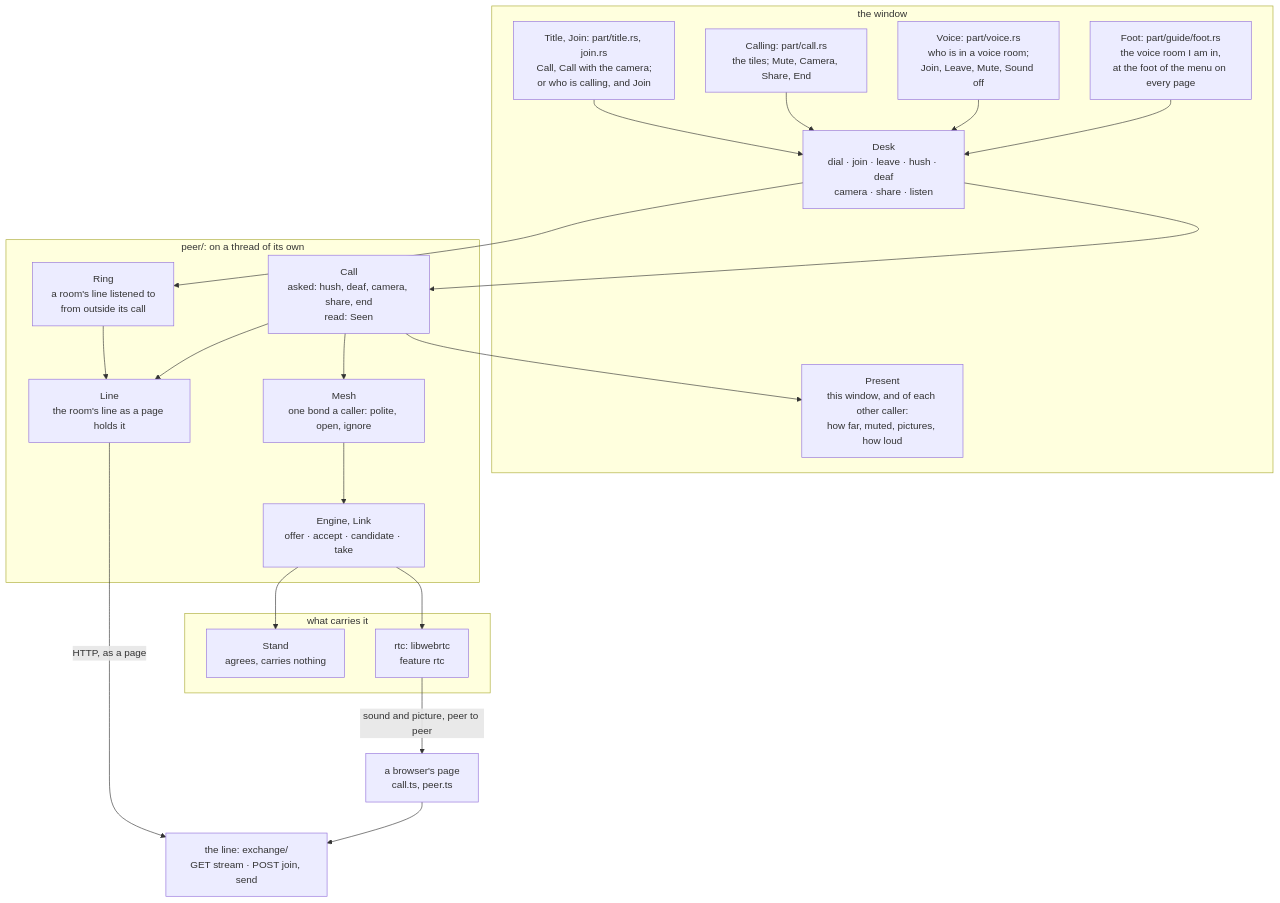
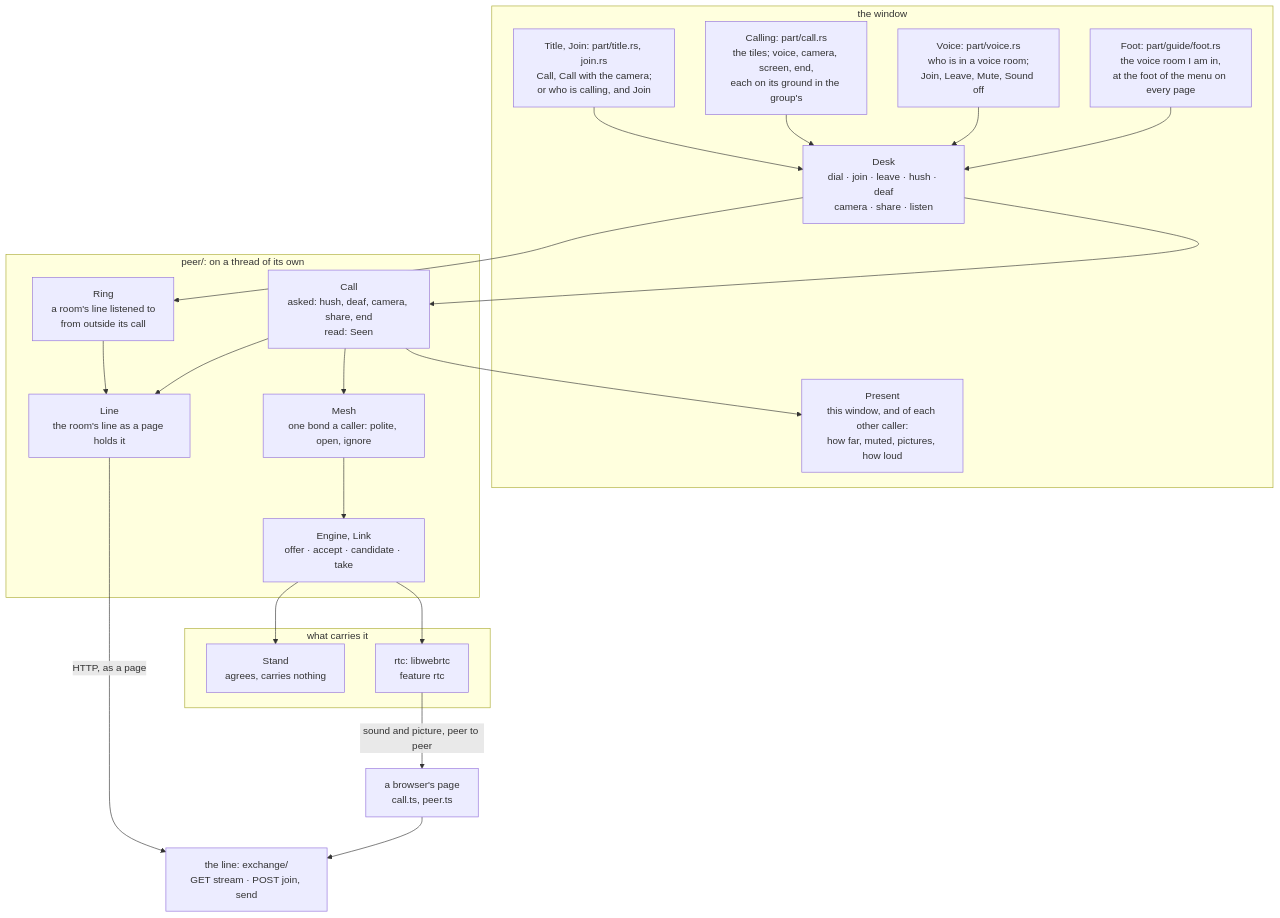
Before and after one commit to gemphi/phikit: the ninth of 13 diagrams in crates/appkit/app/phiogy/ARCHITECTURE.md, drawn with Mermaid. The commit also changed other lines of this file and 7 other files, not shown here.

````diff
--- a/crates/appkit/app/phiogy/ARCHITECTURE.md
+++ b/crates/appkit/app/phiogy/ARCHITECTURE.md
@@ -258,37 +258,37 @@
 ```mermaid
 graph TB
     subgraph win["the window"]
         j_pill["Title, Join: part/title.rs, join.rs<br/>Call, Call with the camera;<br/>or who is calling, and Join"]
-        j_call["Calling: part/call.rs<br/>the tiles; Mute, Camera, Share, End"]
+        j_call["Calling: part/call.rs<br/>the tiles; voice, camera, screen, end,<br/>each on its ground in the group's"]
         j_voice["Voice: part/voice.rs<br/>who is in a voice room;<br/>Join, Leave, Mute, Sound off"]
         j_foot["Foot: part/guide/foot.rs<br/>the voice room I am in,<br/>at the foot of the menu on every page"]
         j_desk["Desk<br/>dial · join · leave · hush · deaf<br/>camera · share · listen"]
         j_present["Present<br/>this window, and of each other caller:<br/>how far, muted, pictures, how loud"]
     end
     subgraph peer["peer/: on a thread of its own"]
         p_call["Call<br/>asked: hush, deaf, camera, share, end<br/>read: Seen"]
         p_ring["Ring<br/>a room's line listened to<br/>from outside its call"]
         p_line["Line<br/>the room's line as a page holds it"]
         p_mesh["Mesh<br/>one bond a caller: polite, open, ignore"]
         p_engine["Engine, Link<br/>offer · accept · candidate · take"]
     end
     subgraph carry["what carries it"]
         c_stand["Stand<br/>agrees, carries nothing"]
         c_rtc["rtc: libwebrtc<br/>feature rtc"]
     end
     line["the line: exchange/<br/>GET stream · POST join, send"]
     page["a browser's page<br/>call.ts, peer.ts"]
     j_pill --> j_desk --> p_call
     j_call --> j_desk
     j_voice --> j_desk
     j_foot --> j_desk
     j_desk --> p_ring --> p_line
     p_call --> j_present
     p_call --> p_line
     p_call --> p_mesh --> p_engine
     p_engine --> c_stand
     p_engine --> c_rtc
     p_line -- "HTTP, as a page" --> line
     page --> line
     c_rtc -- "sound and picture, peer to peer" --> page
 ```
````
